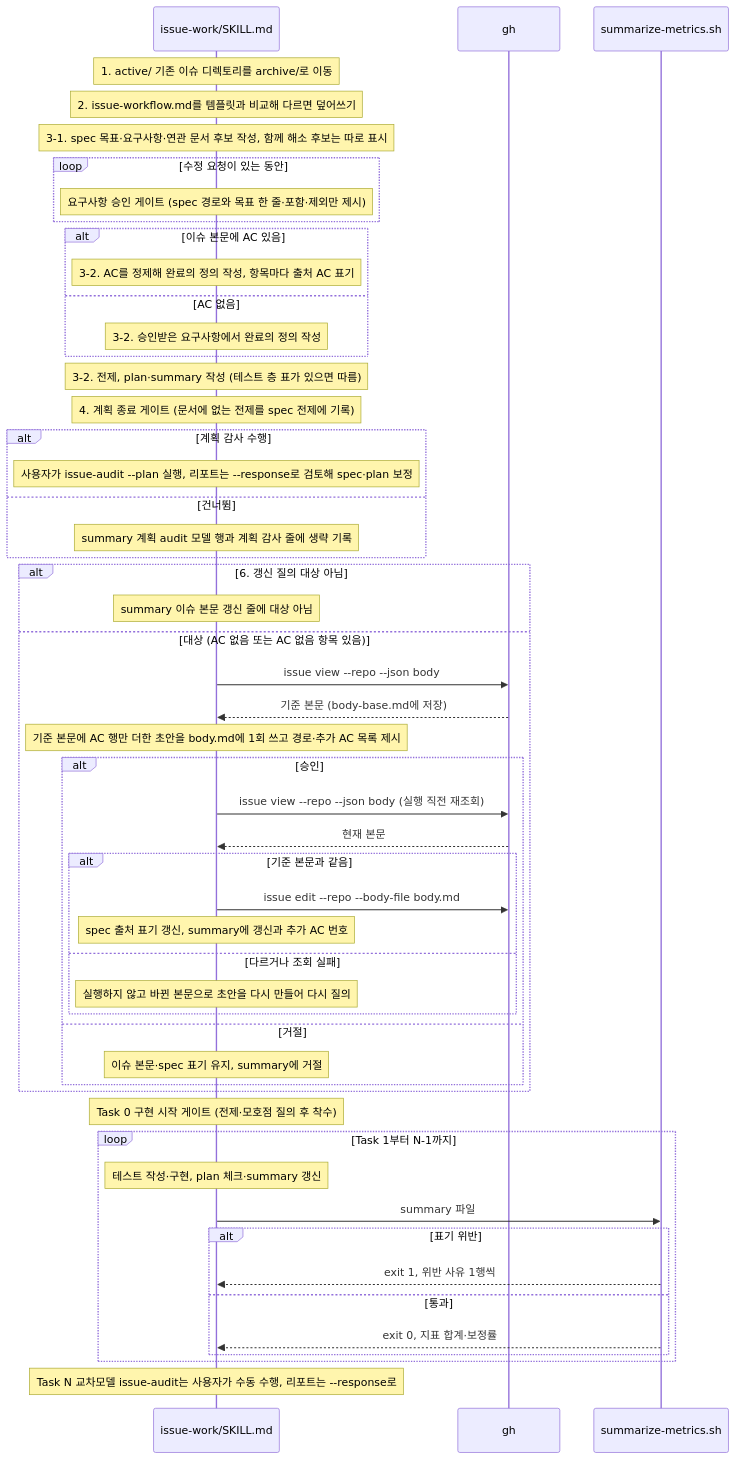
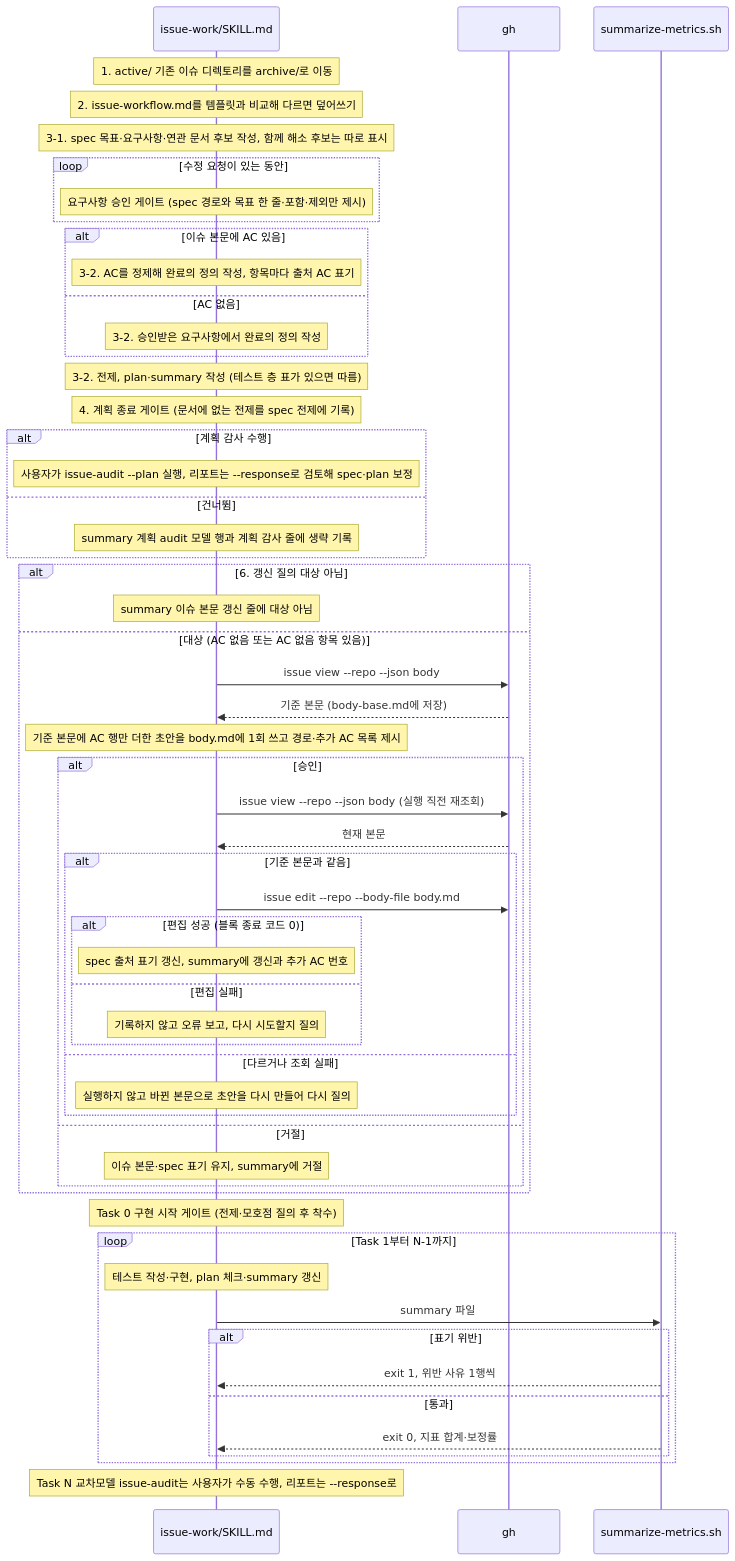
The diagram in .ai/60_codebase/issue-work/start-call-flow.md (scroogy-dev/scroogy-agent-skills), drawn with Mermaid before and after one commit. The commit also changed other lines of this file and 2 other files, not shown here.

Commit message:
docs: 코드맵과 이슈 워크플로우 명세에 AC 대조·본문 갱신 블록의 종료 코드 처리를 반영 (#130)

````diff
--- a/.ai/60_codebase/issue-work/start-call-flow.md
+++ b/.ai/60_codebase/issue-work/start-call-flow.md
@@ -43,55 +43,59 @@
 ```mermaid
 sequenceDiagram
     participant SK as issue-work/SKILL.md
     participant GH as gh
     participant SM as summarize-metrics.sh
 
     Note over SK: 1. active/ 기존 이슈 디렉토리를 archive/로 이동
     Note over SK: 2. issue-workflow.md를 템플릿과 비교해 다르면 덮어쓰기
     Note over SK: 3-1. spec 목표·요구사항·연관 문서 후보 작성, 함께 해소 후보는 따로 표시
     loop 수정 요청이 있는 동안
         Note over SK: 요구사항 승인 게이트 (spec 경로와 목표 한 줄·포함·제외만 제시)
     end
     alt 이슈 본문에 AC 있음
         Note over SK: 3-2. AC를 정제해 완료의 정의 작성, 항목마다 출처 AC 표기
     else AC 없음
         Note over SK: 3-2. 승인받은 요구사항에서 완료의 정의 작성
     end
     Note over SK: 3-2. 전제, plan·summary 작성 (테스트 층 표가 있으면 따름)
     Note over SK: 4. 계획 종료 게이트 (문서에 없는 전제를 spec 전제에 기록)
     alt 계획 감사 수행
         Note over SK: 사용자가 issue-audit --plan 실행, 리포트는 --response로 검토해 spec·plan 보정
     else 건너뜀
         Note over SK: summary 계획 audit 모델 행과 계획 감사 줄에 생략 기록
     end
     alt 6. 갱신 질의 대상 아님
         Note over SK: summary 이슈 본문 갱신 줄에 대상 아님
     else 대상 (AC 없음 또는 AC 없음 항목 있음)
         SK->>GH: issue view --repo --json body
         GH-->>SK: 기준 본문 (body-base.md에 저장)
         Note over SK: 기준 본문에 AC 행만 더한 초안을 body.md에 1회 쓰고 경로·추가 AC 목록 제시
         alt 승인
             SK->>GH: issue view --repo --json body (실행 직전 재조회)
             GH-->>SK: 현재 본문
             alt 기준 본문과 같음
                 SK->>GH: issue edit --repo --body-file body.md
-                Note over SK: spec 출처 표기 갱신, summary에 갱신과 추가 AC 번호
+                alt 편집 성공 (블록 종료 코드 0)
+                    Note over SK: spec 출처 표기 갱신, summary에 갱신과 추가 AC 번호
+                else 편집 실패
+                    Note over SK: 기록하지 않고 오류 보고, 다시 시도할지 질의
+                end
             else 다르거나 조회 실패
                 Note over SK: 실행하지 않고 바뀐 본문으로 초안을 다시 만들어 다시 질의
             end
         else 거절
             Note over SK: 이슈 본문·spec 표기 유지, summary에 거절
         end
     end
     Note over SK: Task 0 구현 시작 게이트 (전제·모호점 질의 후 착수)
     loop Task 1부터 N-1까지
         Note over SK: 테스트 작성·구현, plan 체크·summary 갱신
         SK->>SM: summary 파일
         alt 표기 위반
             SM-->>SK: exit 1, 위반 사유 1행씩
         else 통과
             SM-->>SK: exit 0, 지표 합계·보정률
         end
     end
     Note over SK: Task N 교차모델 issue-audit는 사용자가 수동 수행, 리포트는 --response로
 ```
````
